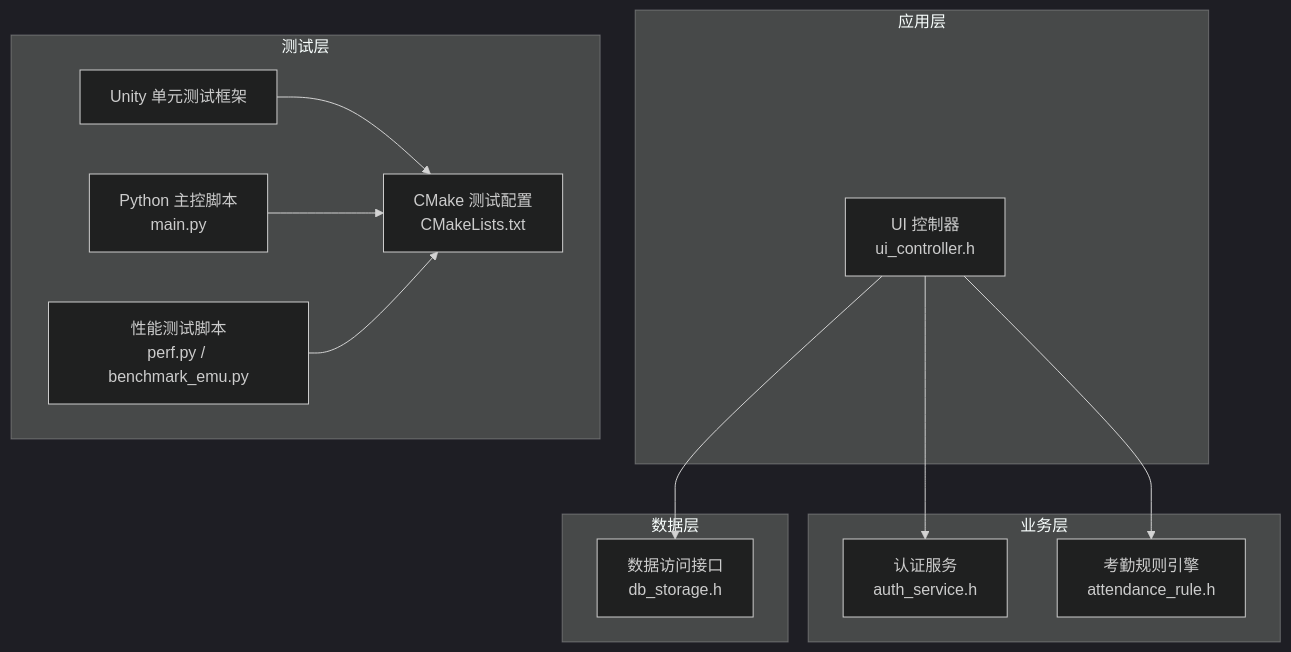
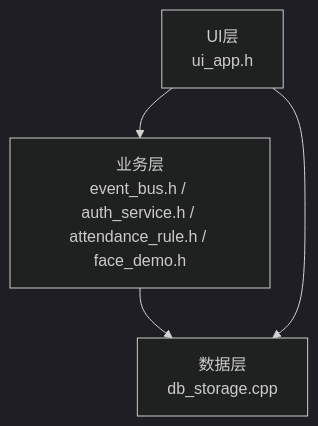
One commit to Drunk552/SmartAttendance changed the first of 3 diagrams in .qoder/repowiki/zh/content/开发指南/测试策略与实施.md. Above: the diagram before and after it, drawn with Mermaid (dark theme). The commit also changed other lines of this file and 119 other files, not shown here.

````diff
--- a/.qoder/repowiki/zh/content/开发指南/测试策略与实施.md
+++ b/.qoder/repowiki/zh/content/开发指南/测试策略与实施.md
@@ -34,25 +42,6 @@
 ```mermaid
 graph TB
-subgraph "应用层"
-UI["UI 控制器<br/>ui_controller.h"]
-end
-subgraph "业务层"
-AUTH["认证服务<br/>auth_service.h"]
-RULE["考勤规则引擎<br/>attendance_rule.h"]
-end
-subgraph "数据层"
-DB["数据访问接口<br/>db_storage.h"]
-end
-subgraph "测试层"
-UNITY["Unity 单元测试框架"]
-PYMAIN["Python 主控脚本<br/>main.py"]
-CMAKE["CMake 测试配置<br/>CMakeLists.txt"]
-PERF["性能测试脚本<br/>perf.py / benchmark_emu.py"]
-end
-UI --> AUTH
-UI --> RULE
-UI --> DB
-UNITY --> CMAKE
-PYMAIN --> CMAKE
-PERF --> CMAKE
+UI["UI层<br/>ui_app.h"] --> Business["业务层<br/>event_bus.h / auth_service.h / attendance_rule.h / face_demo.h"]
+Business --> Data["数据层<br/>db_storage.cpp"]
+UI --> Data
 ```
````
